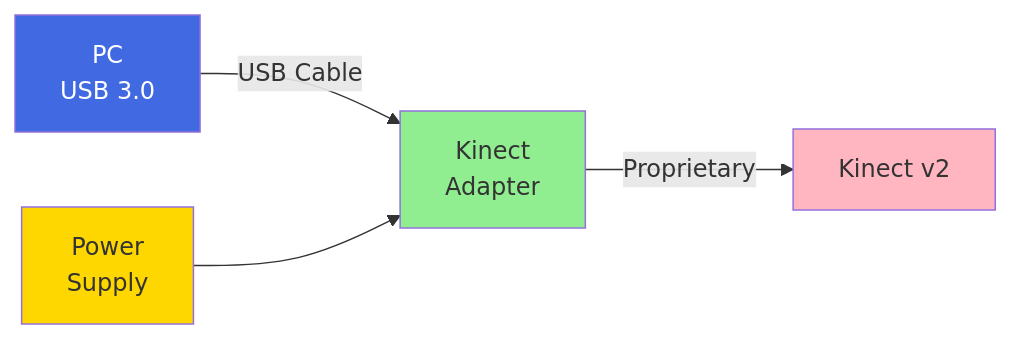
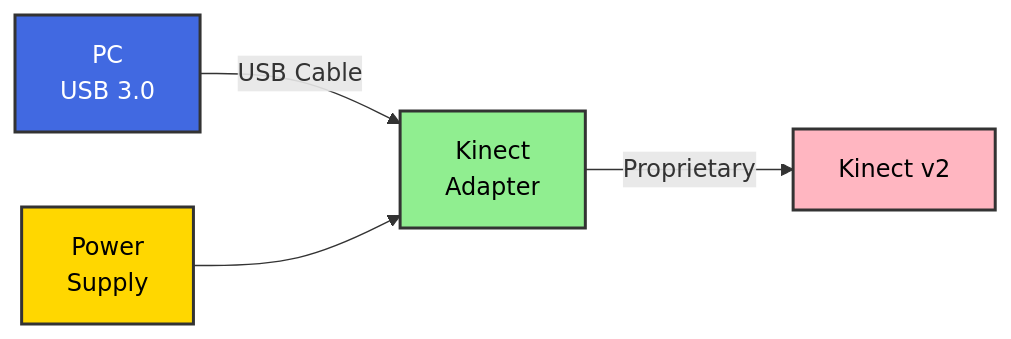
Before and after one commit to vincelee888/openkinect-v2: the diagram in README.md, drawn with Mermaid.

Commit message:
fix: Improve mermaid diagram readability with better contrast
- Added black text color for better readability
- Added stroke borders for clearer box definition
- Kept white text on blue PC box for contrast

🤖 Generated with [Claude Code](https://claude.ai/code)

````diff
--- a/README.md
+++ b/README.md
@@ -55,11 +55,11 @@
 ```mermaid
 graph LR
     PC[PC<br/>USB 3.0] -->|USB Cable| ADAPTER[Kinect<br/>Adapter]
     ADAPTER -->|Proprietary| KINECT[Kinect v2]
     POWER[Power<br/>Supply] --> ADAPTER
     
-    style PC fill:#4169E1,color:#fff
-    style ADAPTER fill:#90EE90
-    style KINECT fill:#FFB6C1
-    style POWER fill:#FFD700
+    style PC fill:#4169E1,stroke:#333,stroke-width:2px,color:#fff
+    style ADAPTER fill:#90EE90,stroke:#333,stroke-width:2px,color:#000
+    style KINECT fill:#FFB6C1,stroke:#333,stroke-width:2px,color:#000
+    style POWER fill:#FFD700,stroke:#333,stroke-width:2px,color:#000
 ```
````
